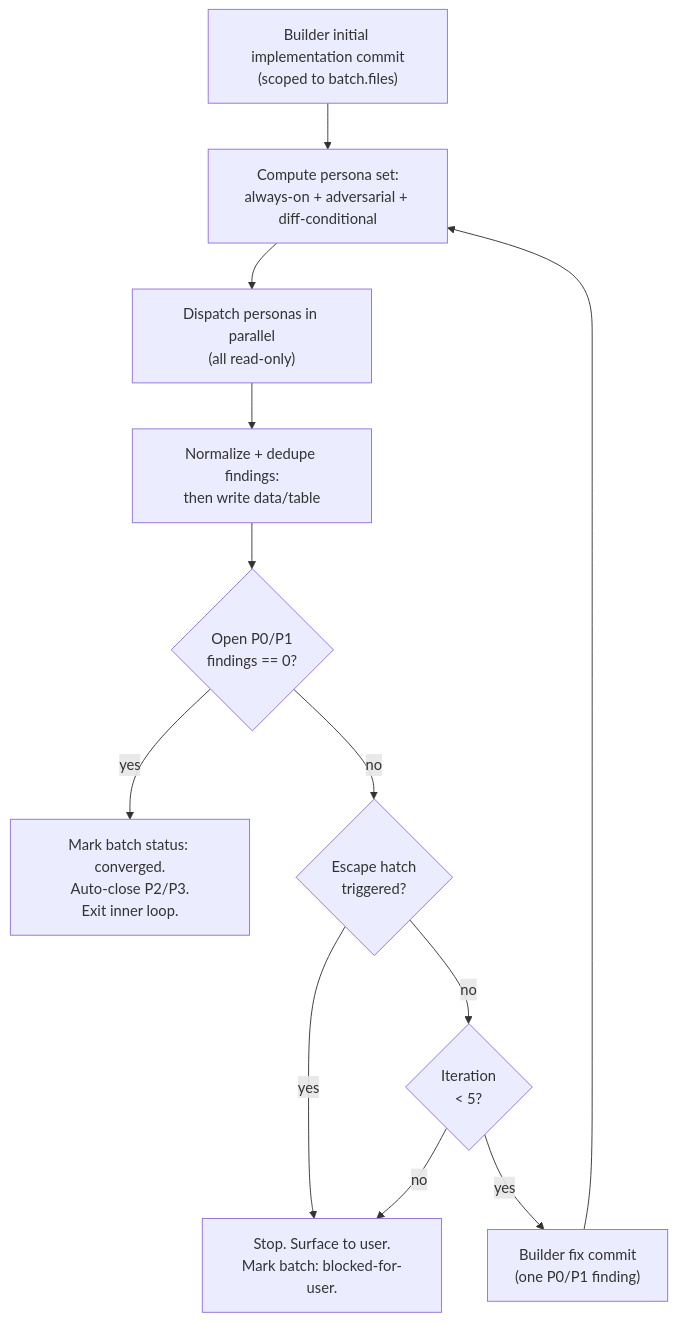
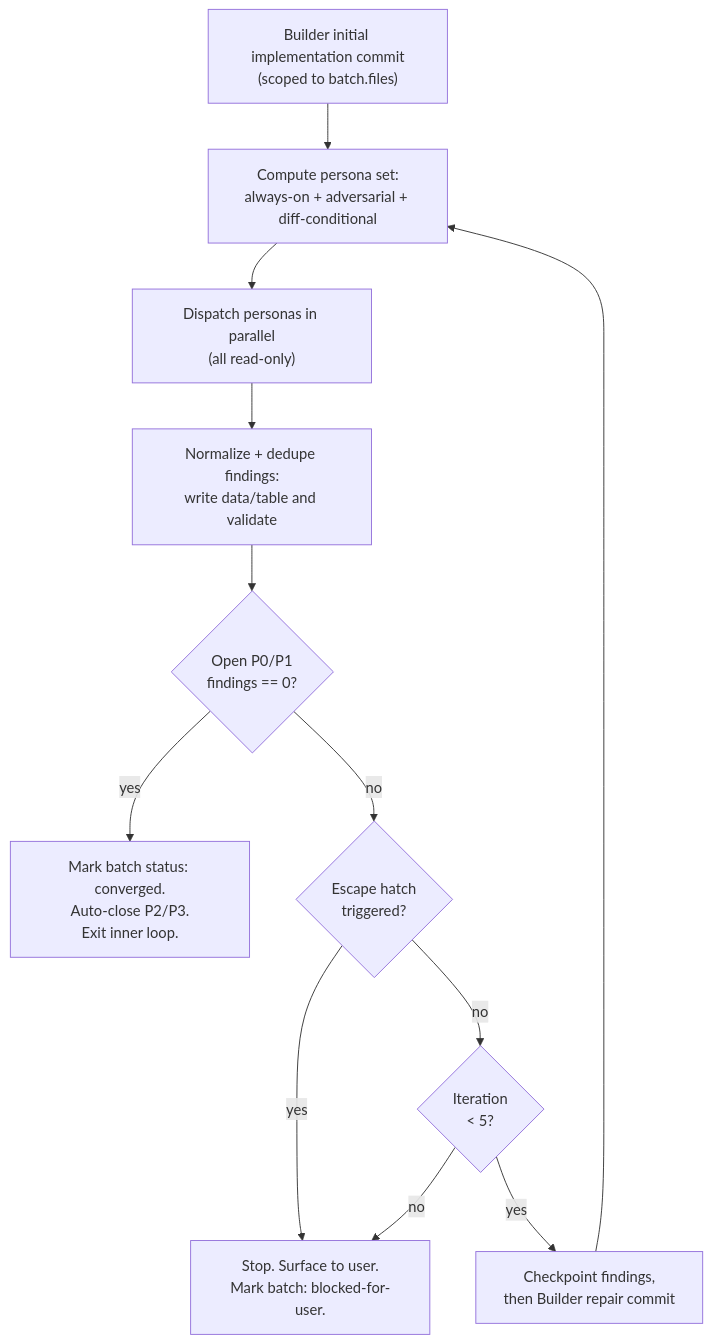
One commit to nathanvale/claude-code-config changed the diagram in runbooks/issue-to-pr/issue-to-pr.md. Above: the diagram before and after it, drawn with Mermaid. The commit also changed other lines of this file and 2 other files, not shown here.

First line of the commit message:
fix(runbooks): checkpoint validator findings before repair

````diff
--- a/runbooks/issue-to-pr/issue-to-pr.md
+++ b/runbooks/issue-to-pr/issue-to-pr.md
@@ -824,14 +824,14 @@
 ```mermaid
 flowchart TD
   IMPL["Builder initial implementation commit<br/>(scoped to batch.files)"] --> P["Compute persona set:<br/>always-on + adversarial + diff-conditional"]
   P --> V["Dispatch personas in parallel<br/>(all read-only)"]
-  V --> F["Normalize + dedupe findings:<br/>then write data/table"]
+  V --> F["Normalize + dedupe findings:<br/>write data/table and validate"]
   F --> G{"Open P0/P1<br/>findings == 0?"}
   G -->|yes| C["Mark batch status: converged.<br/>Auto-close P2/P3.<br/>Exit inner loop."]
   G -->|no| E{"Escape hatch<br/>triggered?"}
   E -->|yes| H["Stop. Surface to user.<br/>Mark batch: blocked-for-user."]
   E -->|no| CAP{"Iteration<br/>< 5?"}
   CAP -->|no| H
-  CAP -->|yes| S["Builder fix commit<br/>(one P0/P1 finding)"]
+  CAP -->|yes| S["Checkpoint findings,<br/>then Builder repair commit"]
   S --> P
 ```
````
